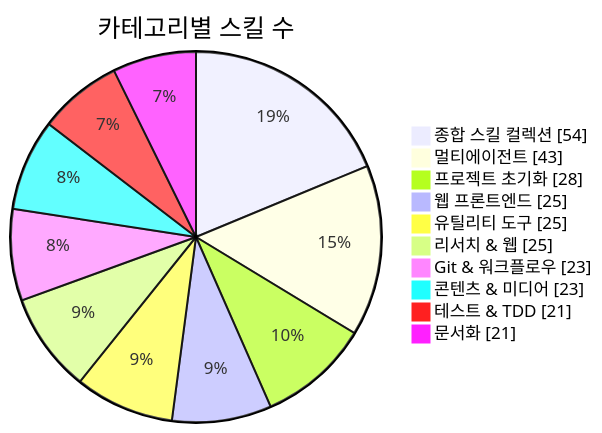
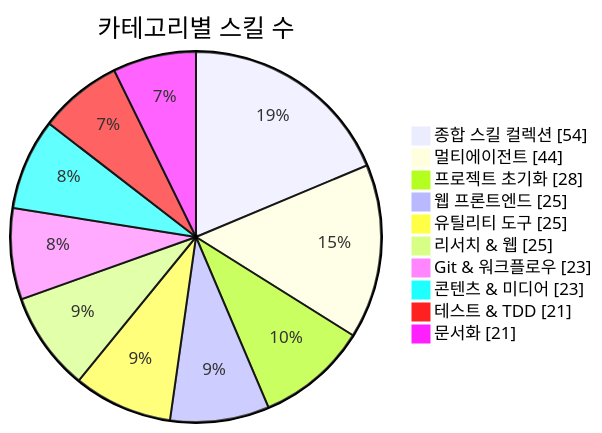
Before and after one commit to J-nowcow/awesome-korean-agent-skills: the first of 3 diagrams in README.md, drawn with Mermaid. The commit also changed other lines of this file and 4 other files, not shown here.

````diff
--- a/README.md
+++ b/README.md
@@ -176,14 +176,14 @@
 ```mermaid
 pie showData
     title 카테고리별 스킬 수
     "종합 스킬 컬렉션" : 54
-    "멀티에이전트" : 43
+    "멀티에이전트" : 44
     "프로젝트 초기화" : 28
     "웹 프론트엔드" : 25
     "유틸리티 도구" : 25
     "리서치 & 웹" : 25
     "Git & 워크플로우" : 23
     "콘텐츠 & 미디어" : 23
     "테스트 & TDD" : 21
     "문서화" : 21
 ```
````
